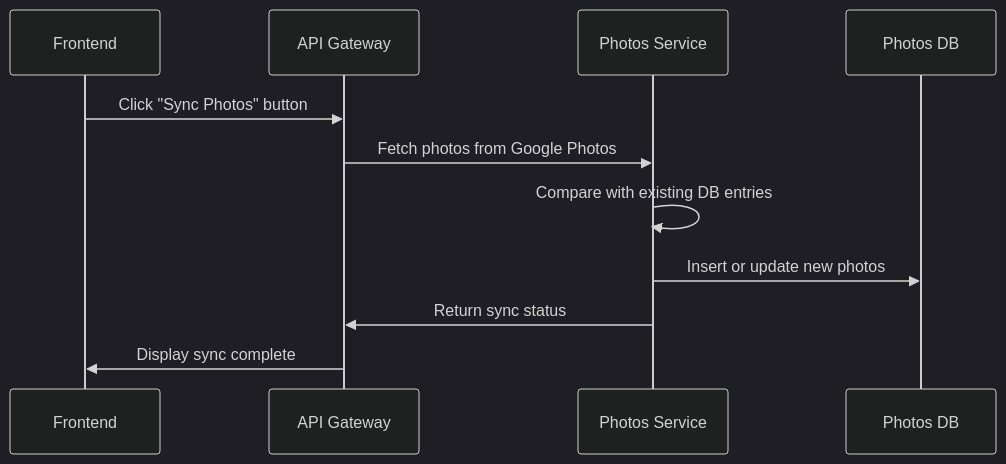
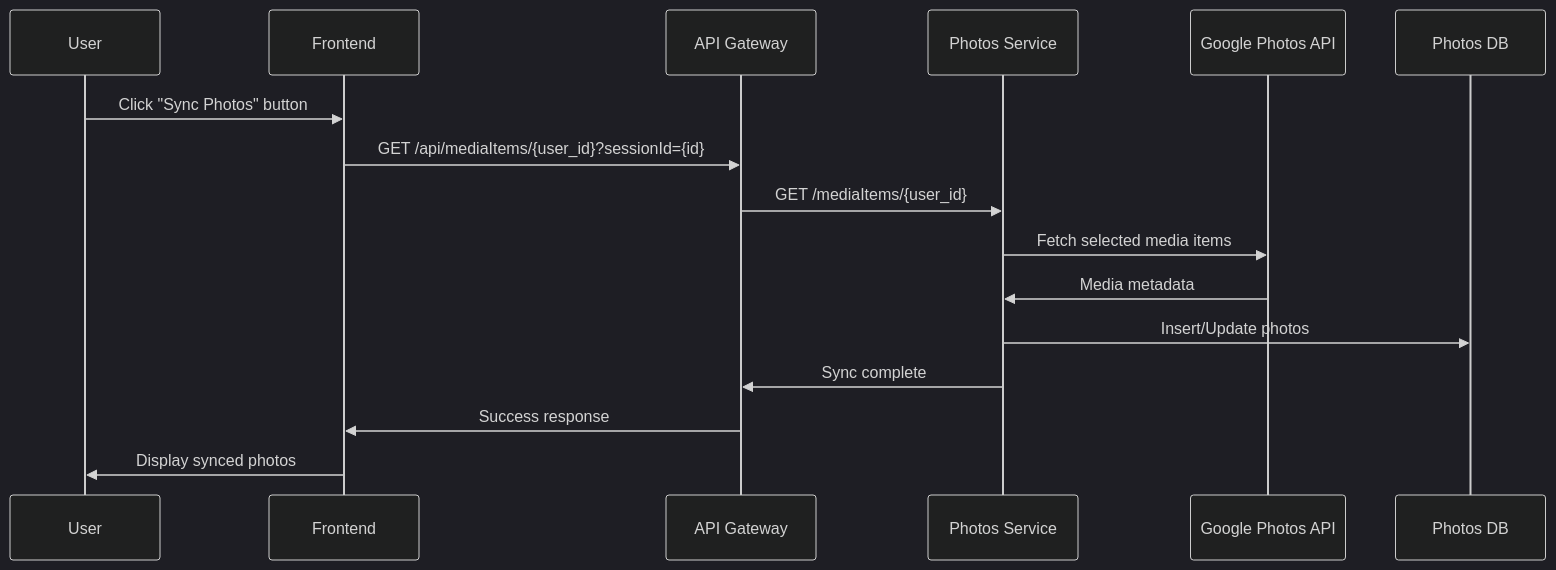
One commit to edu-ai/classify changed the third of 6 diagrams in README.md. Above: the diagram before and after it, drawn with Mermaid (dark theme). The commit also changed other lines of this file and 8 other files, not shown here.

````diff
--- a/README.md
+++ b/README.md
@@ -204,14 +316,19 @@
 ```mermaid
 sequenceDiagram
+    participant U as User
     participant F as Frontend
-    participant API as API Gateway
+    participant AG as API Gateway
     participant P as Photos Service
+    participant G as Google Photos API
     participant DB as Photos DB
 
-    F->>API: Click "Sync Photos" button
-    API->>P: Fetch photos from Google Photos
-    P->>P: Compare with existing DB entries
-    P->>DB: Insert or update new photos
-    P->>API: Return sync status
-    API->>F: Display sync complete
+    U->>F: Click "Sync Photos" button
+    F->>AG: GET /api/mediaItems/{user_id}?sessionId={id}
+    AG->>P: GET /mediaItems/{user_id}
+    P->>G: Fetch selected media items
+    G->>P: Media metadata
+    P->>DB: Insert/Update photos
+    P->>AG: Sync complete
+    AG->>F: Success response
+    F->>U: Display synced photos
 ```
````
